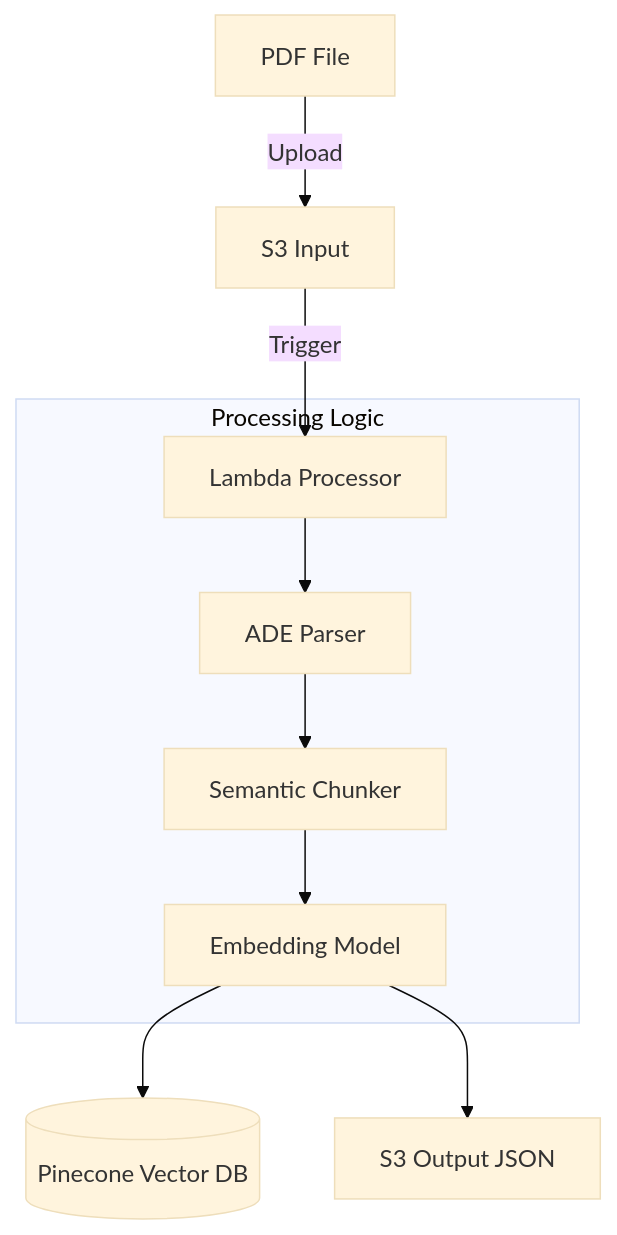
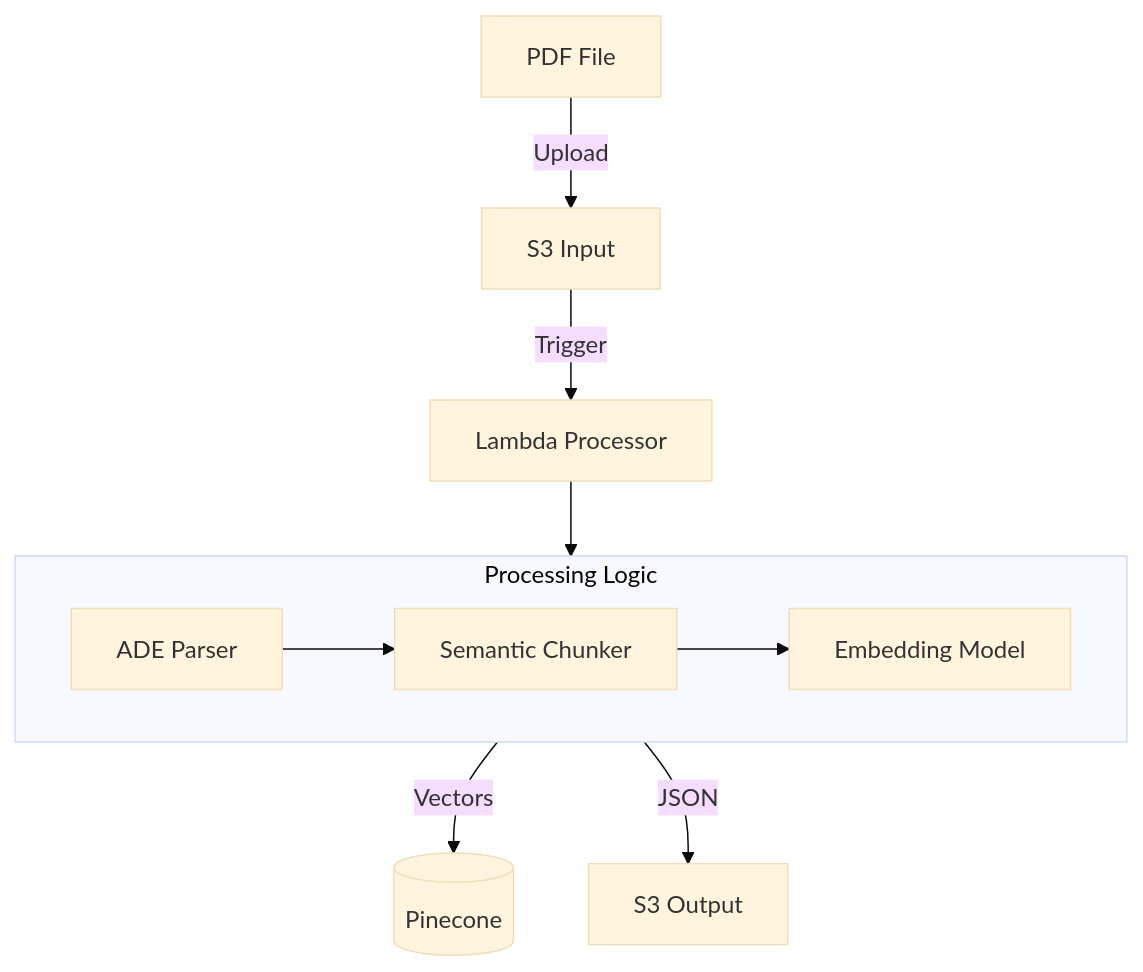
One commit to Khadka-Bishal/DeepRecall changed the third of 4 diagrams in README.md. Above: the diagram before and after it, drawn with Mermaid (base theme). The commit also changed other lines of this file, not shown here.

````diff
--- a/README.md
+++ b/README.md
@@ -76,14 +69,13 @@
 ```mermaid
 graph TD
-    PDF[PDF File] -->|Upload| S3[S3 Input]
-    S3 -->|Trigger| L[Lambda Processor]
+    PDF[PDF File] -->|Upload| S3[S3 Input] -->|Trigger| L[Lambda Processor]
     
-    subgraph Processing ["Processing Logic"]
-        L --> P[ADE Parser]
-        P --> C[Semantic Chunker]
-        C --> E[Embedding Model]
+    subgraph "Processing Logic"
+        direction LR
+        P[ADE Parser] --> C[Semantic Chunker] --> E[Embedding Model]
     end
     
-    E --> DB[(Pinecone Vector DB)]
-    E --> Out[S3 Output JSON]
+    L --> P
+    E -->|Vectors| DB[(Pinecone)]
+    E -->|JSON| Out[S3 Output]
 ```
````
